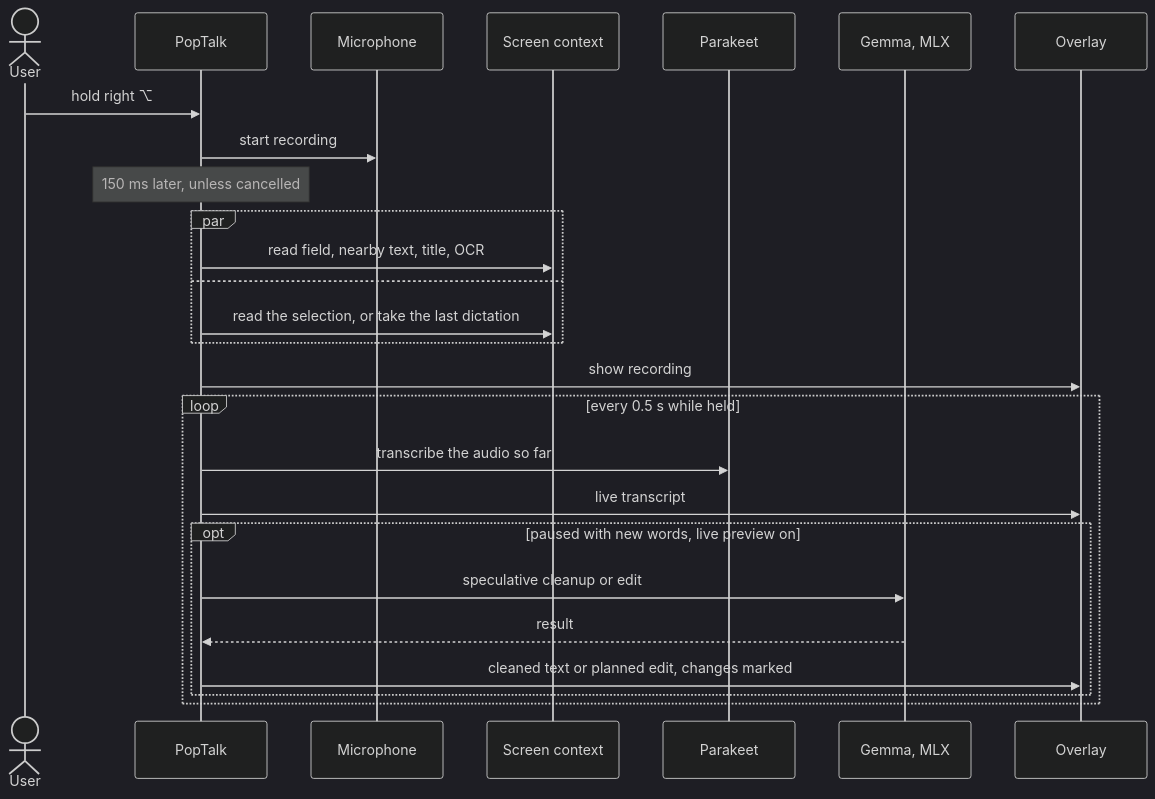
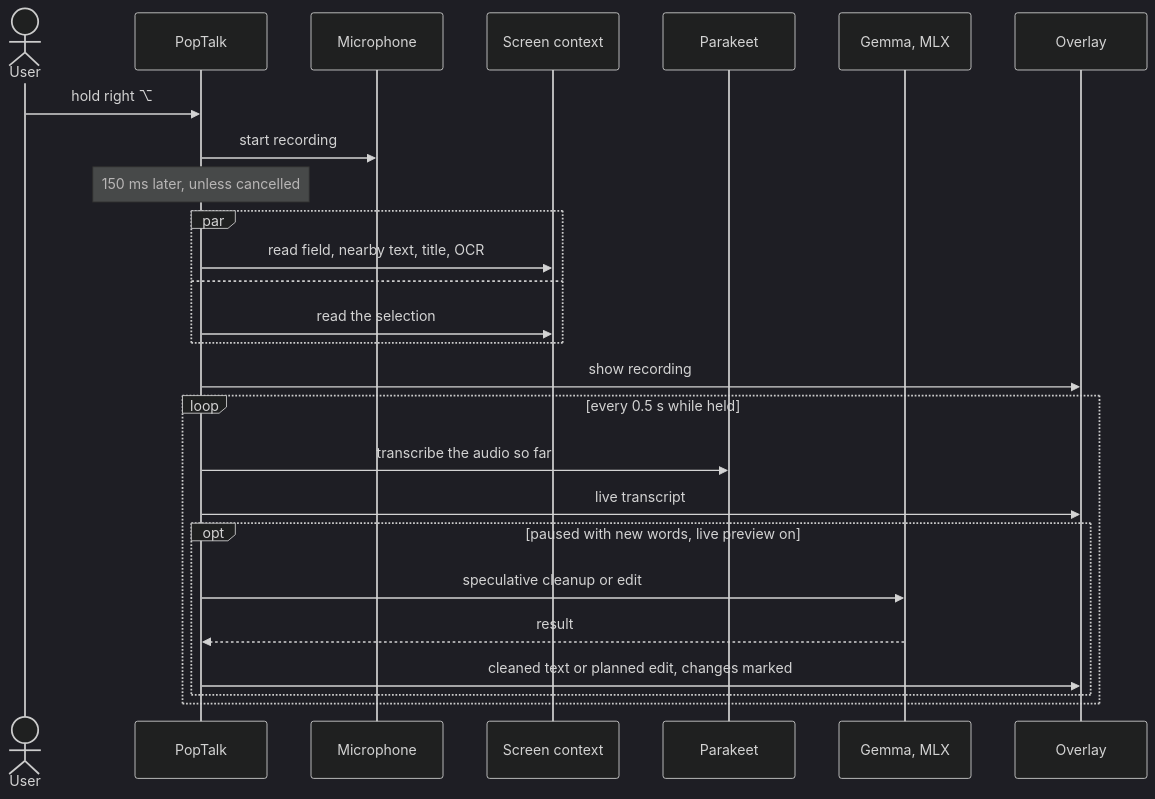
The third of 4 diagrams in README.md (thirteen37/PopTalk), drawn with Mermaid (dark theme) before and after one commit. The commit also changed other lines of this file and 8 other files, not shown here.

First line of the commit message:
refactor!: remove voice commands and tap-then-hold edits on the last dictation (#85)

````diff
--- a/README.md
+++ b/README.md
@@ -118,29 +79,29 @@
 ```mermaid
 sequenceDiagram
     actor User
     participant App as PopTalk
     participant Mic as Microphone
     participant Screen as Screen context
     participant ASR as Parakeet
     participant LLM as Gemma, MLX
     participant Overlay
 
     User->>App: hold right ⌥
     App->>Mic: start recording
     Note over App: 150 ms later, unless cancelled
     par
         App->>Screen: read field, nearby text, title, OCR
     and
-        App->>Screen: read the selection, or take the last dictation
+        App->>Screen: read the selection
     end
     App->>Overlay: show recording
     loop every 0.5 s while held
         App->>ASR: transcribe the audio so far
         App->>Overlay: live transcript
         opt paused with new words, live preview on
             App->>LLM: speculative cleanup or edit
             LLM-->>App: result
             App->>Overlay: cleaned text or planned edit, changes marked
         end
     end
 ```
````
